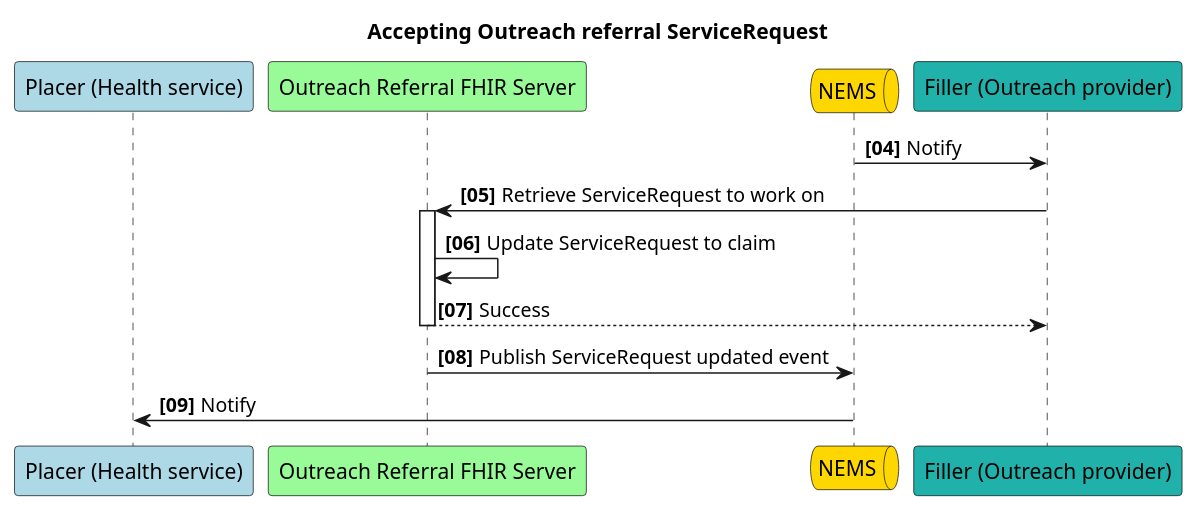
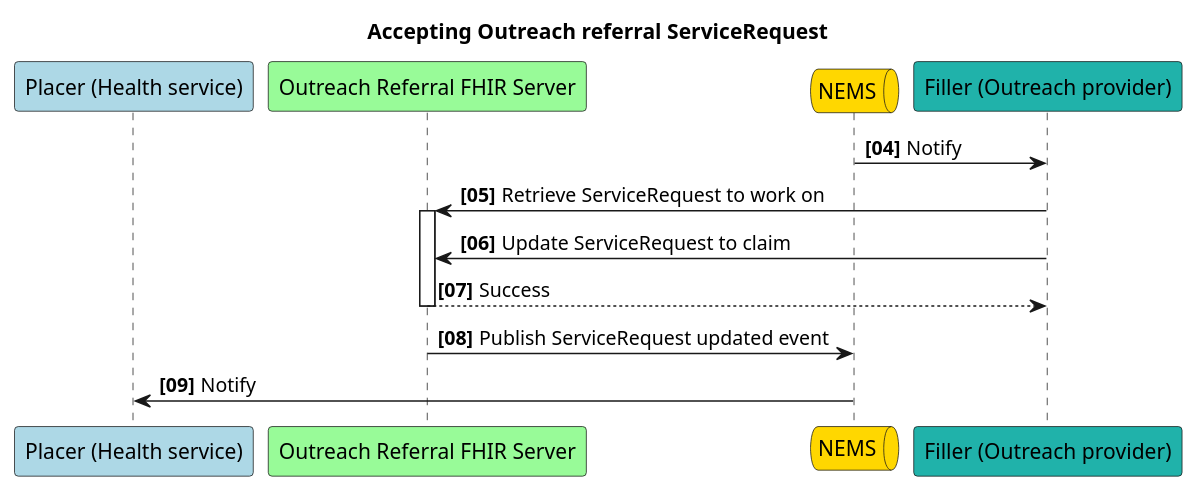
One commit to tewhatuora/cinc-fhir-ig changed the diagram in input/images-source/outreach-accept-outreach-referral.plantuml. Above: the diagram before and after it, drawn with PlantUML. The commit also changed 2 other files, not shown here.

```diff
--- a/input/images-source/outreach-accept-outreach-referral.plantuml
+++ b/input/images-source/outreach-accept-outreach-referral.plantuml
@@ -1,16 +1,16 @@
 @startuml
 autonumber 04 "<b>[00]"
 Participant "Placer (Health service)" as p #lightblue
 participant "Outreach Referral FHIR Server" as s #palegreen
 queue "NEMS" as n #gold
 Participant "Filler (Outreach provider)" as f #LightSeaGreen
 
 title Accepting Outreach referral ServiceRequest
 
 n -> f: Notify
 f -> s++: Retrieve ServiceRequest to work on
-s -> s: Update ServiceRequest to claim
+f -> s: Update ServiceRequest to claim
 return Success
 s -> n: Publish ServiceRequest updated event
 n -> p: Notify
 @enduml
```
